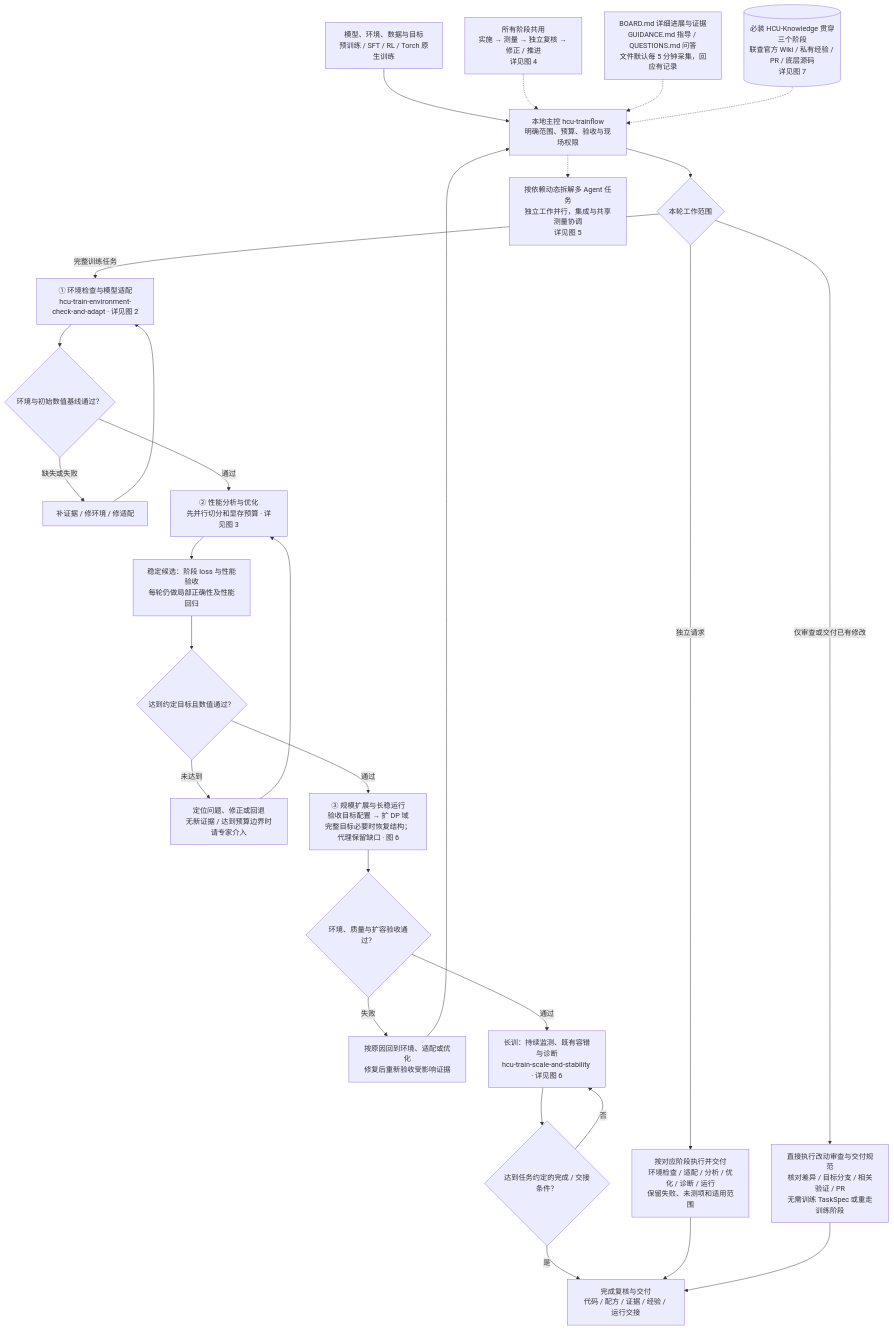
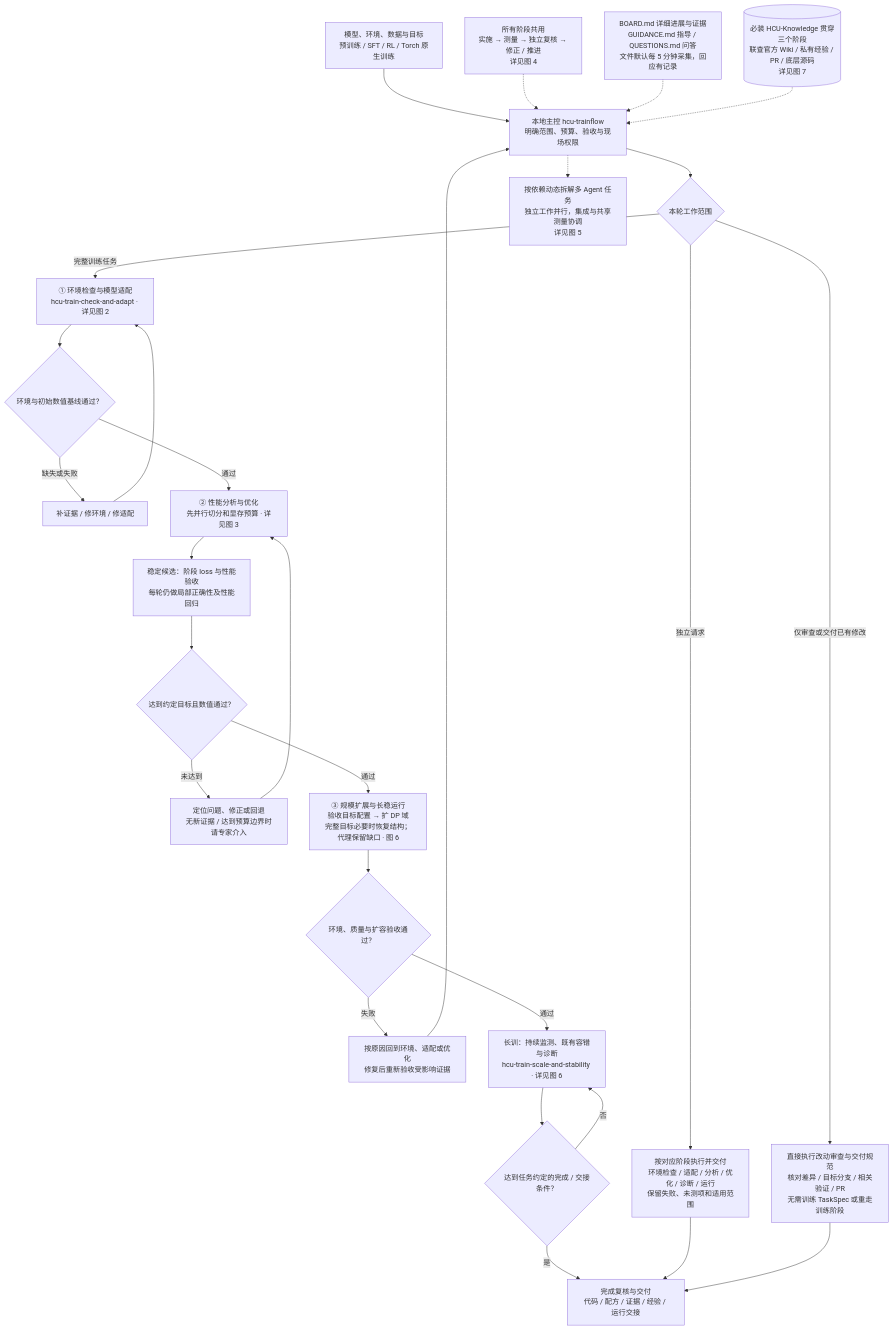
The first of 13 diagrams in docs/workflow-map.md (yuguo-Jack/HCU-TrainFlow), drawn with Mermaid before and after one commit. The commit also changed other lines of this file and 34 other files, not shown here.

Commit message:
Rename check/adapt Skill and add optional KernelWiki installation

````diff
--- a/docs/workflow-map.md
+++ b/docs/workflow-map.md
@@ -11,30 +11,30 @@
 ```mermaid
 flowchart TD
     U["模型、环境、数据与目标<br/>预训练 / SFT / RL / Torch 原生训练"] --> C["本地主控 hcu-trainflow<br/>明确范围、预算、验收与现场权限"]
     C --> SCOPE{"本轮工作范围"}
-    SCOPE -->|完整训练任务| A["① 环境检查与模型适配<br/>hcu-train-environment-check-and-adapt · 详见图 2"]
+    SCOPE -->|完整训练任务| A["① 环境检查与模型适配<br/>hcu-train-check-and-adapt · 详见图 2"]
     SCOPE -->|独立请求| PART["按对应阶段执行并交付<br/>环境检查 / 适配 / 分析 / 优化 / 诊断 / 运行<br/>保留失败、未测项和适用范围"]
     SCOPE -->|仅审查或交付已有修改| DELIVER["直接执行改动审查与交付规范<br/>核对差异 / 目标分支 / 相关验证 / PR<br/>无需训练 TaskSpec 或重走训练阶段"]
     A --> AG{"环境与初始数值基线通过？"}
     AG -->|缺失或失败| AR["补证据 / 修环境 / 修适配"]
     AR --> A
     AG -->|通过| O["② 性能分析与优化<br/>先并行切分和显存预算 · 详见图 3"]
     O --> Q["稳定候选：阶段 loss 与性能验收<br/>每轮仍做局部正确性及性能回归"]
     Q --> QG{"达到约定目标且数值通过？"}
     QG -->|未达到| OR["定位问题、修正或回退<br/>无新证据 / 达到预算边界时请专家介入"]
     OR --> O
     QG -->|通过| S["③ 规模扩展与长稳运行<br/>验收目标配置 → 扩 DP 域<br/>完整目标必要时恢复结构；代理保留缺口 · 图 6"]
     S --> SG{"环境、质量与扩容验收通过？"}
     SG -->|失败| SR["按原因回到环境、适配或优化<br/>修复后重新验收受影响证据"]
     SR --> C
     SG -->|通过| T["长训：持续监测、既有容错与诊断<br/>hcu-train-scale-and-stability · 详见图 6"]
     T --> TG{"达到任务约定的完成 / 交接条件？"}
     TG -->|否| T
     TG -->|是| Z["完成复核与交付<br/>代码 / 配方 / 证据 / 经验 / 运行交接"]
     PART --> Z
     DELIVER --> Z
     LOOP["所有阶段共用<br/>实施 → 测量 → 独立复核 → 修正 / 推进<br/>详见图 4"] -.-> C
     H["BOARD.md 详细进展与证据<br/>GUIDANCE.md 指导 / QUESTIONS.md 问答<br/>文件默认每 5 分钟采集，回应有记录"] -.-> C
     K[("必装 HCU-Knowledge 贯穿三个阶段<br/>联查官方 Wiki / 私有经验 / PR / 底层源码<br/>详见图 7")] -.-> C
     C -.-> TEAM["按依赖动态拆解多 Agent 任务<br/>独立工作并行，集成与共享测量协调<br/>详见图 5"]
 ```
````
